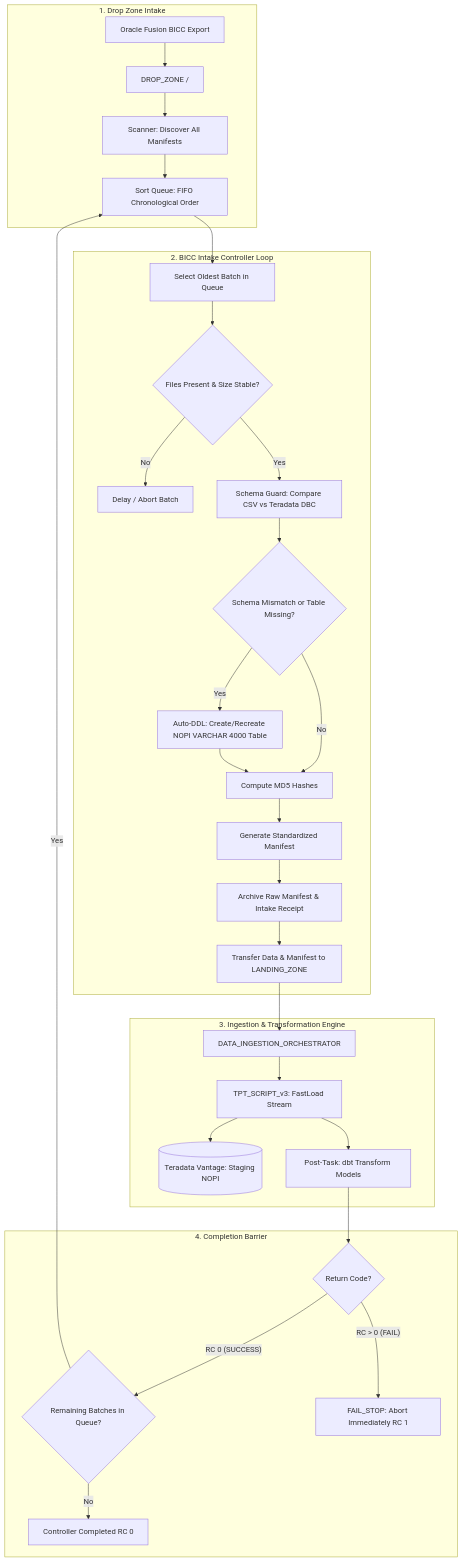
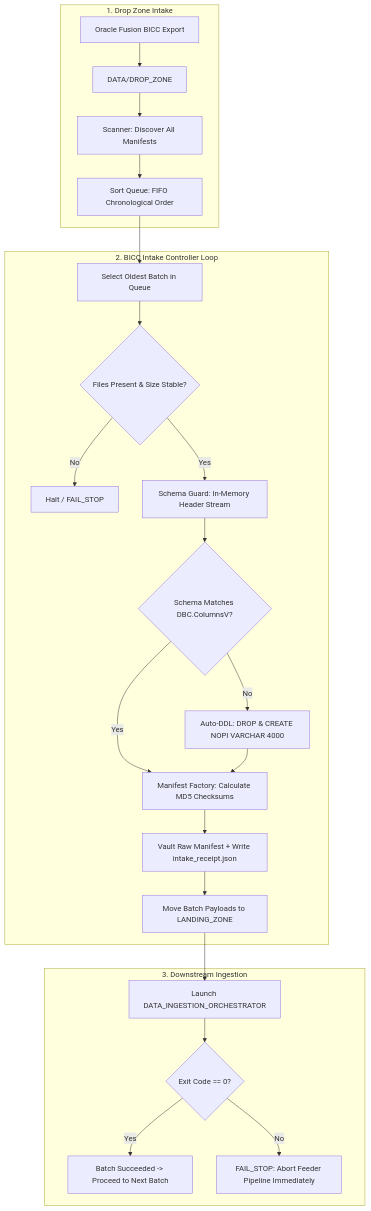
The diagram in README.md (manisadegh/BICC_INTAKE_CONTROLLER), drawn with Mermaid before and after one commit. The commit also changed other lines of this file, not shown here.

````diff
--- a/README.md
+++ b/README.md
@@ -48,39 +59,28 @@
 ```mermaid
 flowchart TD
     subgraph INTAKE["1. Drop Zone Intake"]
-        BICC[Oracle Fusion BICC Export] --> DZ["DROP_ZONE /"]
+        BICC[Oracle Fusion BICC Export] --> DZ["DATA/DROP_ZONE"]
         DZ --> SCAN[Scanner: Discover All Manifests]
         SCAN --> FIFO[Sort Queue: FIFO Chronological Order]
     end
 
     subgraph SUPERVISOR["2. BICC Intake Controller Loop"]
         FIFO --> PICK[Select Oldest Batch in Queue]
         PICK --> STABLE{Files Present & Size Stable?}
-        STABLE -- No --> WAIT[Delay / Abort Batch]
-        
-        STABLE -- Yes --> SCHEMA[Schema Guard: Compare CSV vs Teradata DBC]
-        SCHEMA --> DRIFT{Schema Mismatch or Table Missing?}
-        DRIFT -- Yes --> DDL[Auto-DDL: Create/Recreate NOPI VARCHAR 4000 Table]
-        DRIFT -- No --> MD5[Compute MD5 Hashes]
-        DDL --> MD5
-        
-        MD5 --> MF_GEN[Generate Standardized Manifest]
-        MF_GEN --> VAULT[Archive Raw Manifest & Intake Receipt]
-        VAULT --> MOVE[Transfer Data & Manifest to LANDING_ZONE]
+        STABLE -- No --> WAIT[Halt / FAIL_STOP]
+        STABLE -- Yes --> SCHEMA[Schema Guard: In-Memory Header Stream]
+        SCHEMA --> DDL{Schema Matches DBC.ColumnsV?}
+        DDL -- No --> AUTODDL[Auto-DDL: DROP & CREATE NOPI VARCHAR 4000]
+        DDL -- Yes --> MANIFEST[Manifest Factory: Calculate MD5 Checksums]
+        AUTODDL --> MANIFEST
+        MANIFEST --> VAULT[Vault Raw Manifest + Write intake_receipt.json]
+        VAULT --> HANDOFF[Move Batch Payloads to LANDING_ZONE]
     end
 
-    subgraph EXECUTION["3. Ingestion & Transformation Engine"]
-        MOVE --> ORCH[DATA_INGESTION_ORCHESTRATOR]
-        ORCH --> TPT[TPT_SCRIPT_v3: FastLoad Stream]
-        TPT --> TD[(Teradata Vantage: Staging NOPI)]
-        TPT --> DBT[Post-Task: dbt Transform Models]
-    end
-
-    subgraph BARRIER["4. Completion Barrier"]
-        DBT --> RC{Return Code?}
-        RC -- "RC 0 (SUCCESS)" --> MORE{Remaining Batches in Queue?}
-        MORE -- Yes --> FIFO
-        MORE -- No --> FIN[Controller Completed RC 0]
-        RC -- "RC > 0 (FAIL)" --> HALT[FAIL_STOP: Abort Immediately RC 1]
+    subgraph EXECUTION["3. Downstream Ingestion"]
+        HANDOFF --> ORCH[Launch DATA_INGESTION_ORCHESTRATOR]
+        ORCH --> EVAL{Exit Code == 0?}
+        EVAL -- Yes --> NEXT[Batch Succeeded -> Proceed to Next Batch]
+        EVAL -- No --> FAILSTOP[FAIL_STOP: Abort Feeder Pipeline Immediately]
     end
 ```
````
